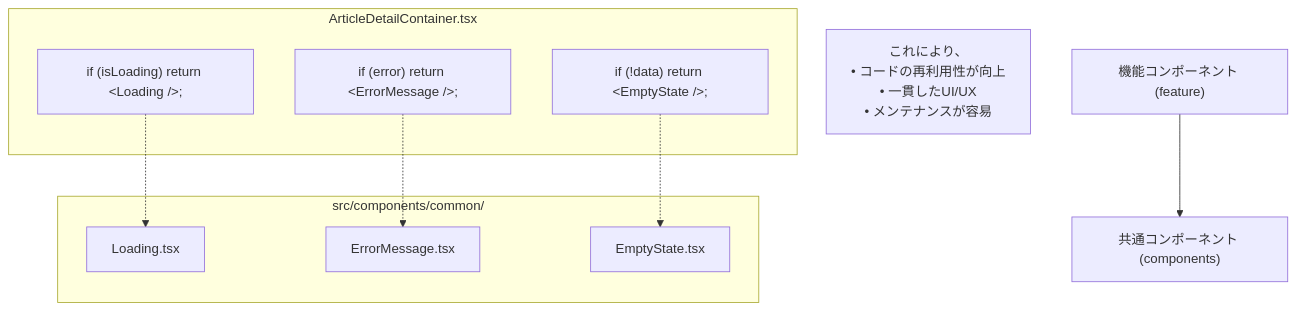
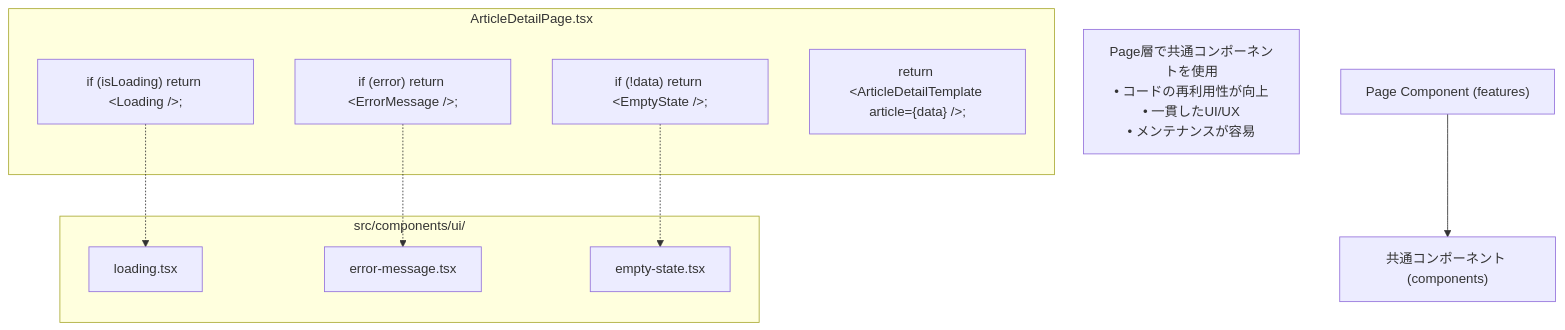
The fifth of 7 diagrams in nari-note-frontend/docs/architecture-diagram.md (doguto/nari-note), drawn with Mermaid before and after one commit. The commit also changed other lines of this file, not shown here.

Commit message:
Docs: architecture-diagram.mdを5層Atomic Design構造に更新

````diff
--- a/nari-note-frontend/docs/architecture-diagram.md
+++ b/nari-note-frontend/docs/architecture-diagram.md
@@ -343,24 +533,25 @@
 ```mermaid
 graph TB
-    Feature["機能コンポーネント (feature)"]
+    Page["Page Component (features)"]
     Common["共通コンポーネント (components)"]
     
-    subgraph ArticleContainer["ArticleDetailContainer.tsx"]
+    subgraph PageComponent["ArticleDetailPage.tsx"]
         LoadingUse["if (isLoading) return &lt;Loading /&gt;;"]
         ErrorUse["if (error) return &lt;ErrorMessage /&gt;;"]
         EmptyUse["if (!data) return &lt;EmptyState /&gt;;"]
+        TemplateUse["return &lt;ArticleDetailTemplate article={data} /&gt;;"]
     end
     
-    subgraph CommonComponents["src/components/common/"]
-        Loading["Loading.tsx"]
-        ErrorMessage["ErrorMessage.tsx"]
-        EmptyState["EmptyState.tsx"]
+    subgraph CommonComponents["src/components/ui/"]
+        Loading["loading.tsx"]
+        ErrorMessage["error-message.tsx"]
+        EmptyState["empty-state.tsx"]
     end
     
-    Feature --> Common
+    Page --> Common
     LoadingUse -.-> Loading
     ErrorUse -.-> ErrorMessage
     EmptyUse -.-> EmptyState
     
-    Note1["これにより、<br/>• コードの再利用性が向上<br/>• 一貫したUI/UX<br/>• メンテナンスが容易"]
+    Note1["Page層で共通コンポーネントを使用<br/>• コードの再利用性が向上<br/>• 一貫したUI/UX<br/>• メンテナンスが容易"]
 ```
````
